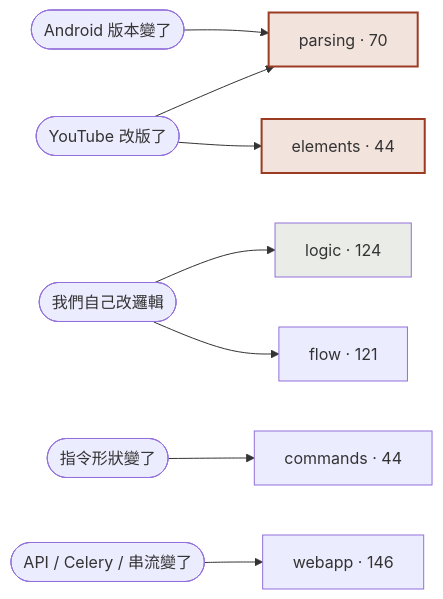
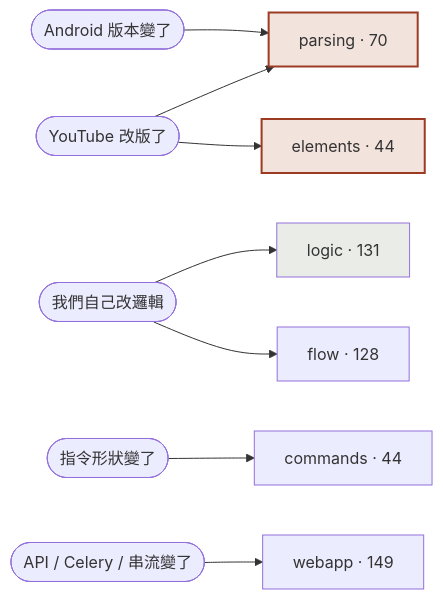
Before and after one commit to RicherEric/AutoPerf: the third of 7 diagrams in docs/DEVICE_TESTING_zh-TW.md, drawn with Mermaid. The commit also changed other lines of this file and 43 other files, not shown here.

````diff
--- a/docs/DEVICE_TESTING_zh-TW.md
+++ b/docs/DEVICE_TESTING_zh-TW.md
@@ -161,14 +161,14 @@
 ```mermaid
 flowchart LR
     UPDATE(["YouTube 改版了"]) --> P["parsing · 70"]
     UPDATE --> E["elements · 44"]
     DEV(["Android 版本變了"]) --> P
-    OURS(["我們自己改邏輯"]) --> L["logic · 124"]
-    OURS --> F["flow · 121"]
+    OURS(["我們自己改邏輯"]) --> L["logic · 131"]
+    OURS --> F["flow · 128"]
     CMD(["指令形狀變了"]) --> C["commands · 44"]
-    API(["API / Celery / 串流變了"]) --> W["webapp · 146"]
+    API(["API / Celery / 串流變了"]) --> W["webapp · 149"]
 
     style P fill:#f3e3dd,stroke:#9c3b22,stroke-width:2px
     style E fill:#f3e3dd,stroke:#9c3b22,stroke-width:2px
     style L fill:#eaece7
 ```
````
